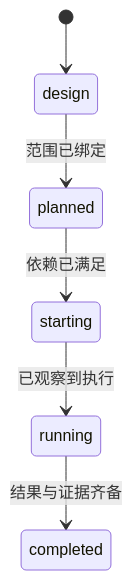
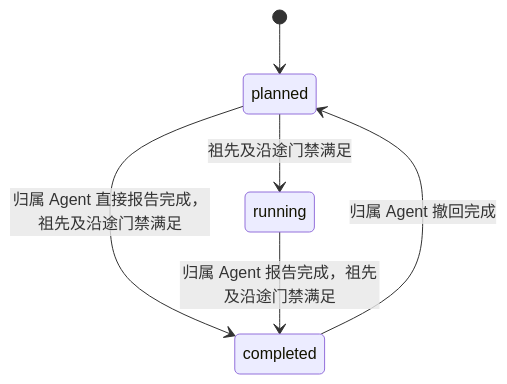
One commit to IvanLi-CN/Loomhelm changed the second of 18 diagrams in docs/specs/multi-task-flow-unified-atomic-orchestration/STATE_MACHINES.md. Above: the diagram before and after it, drawn with Mermaid. The commit also changed other lines of this file and 10 other files, not shown here.

Commit message:
fix(multi-task-flow): allow agents to retract atomic completion

````diff
--- a/docs/specs/multi-task-flow-unified-atomic-orchestration/STATE_MACHINES.md
+++ b/docs/specs/multi-task-flow-unified-atomic-orchestration/STATE_MACHINES.md
@@ -26,8 +26,8 @@
 ```mermaid
 stateDiagram-v2
-    [*] --> design
-    design --> planned: 范围已绑定
-    planned --> starting: 依赖已满足
-    starting --> running: 已观察到执行
-    running --> completed: 结果与证据齐备
+    [*] --> planned
+    planned --> running: 祖先及沿途门禁满足
+    planned --> completed: 归属 Agent 直接报告完成，祖先及沿途门禁满足
+    running --> completed: 归属 Agent 报告完成，祖先及沿途门禁满足
+    completed --> planned: 归属 Agent 撤回完成
 ```
````
